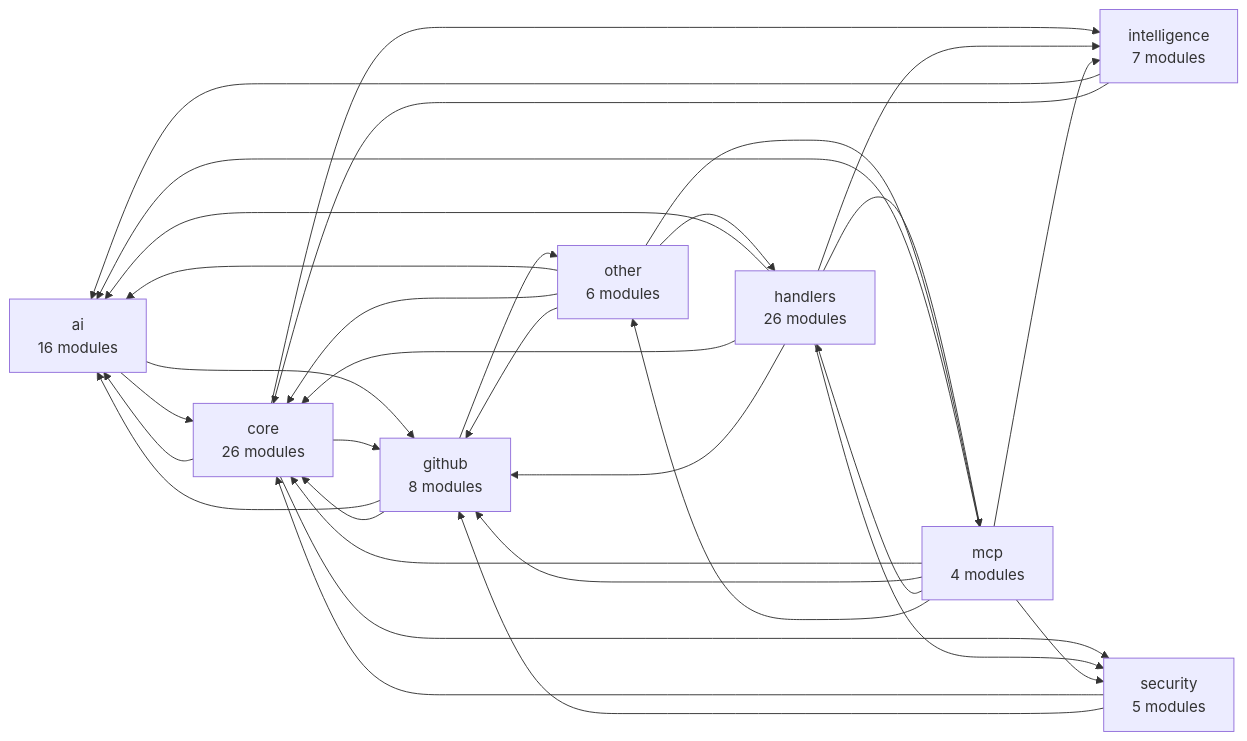
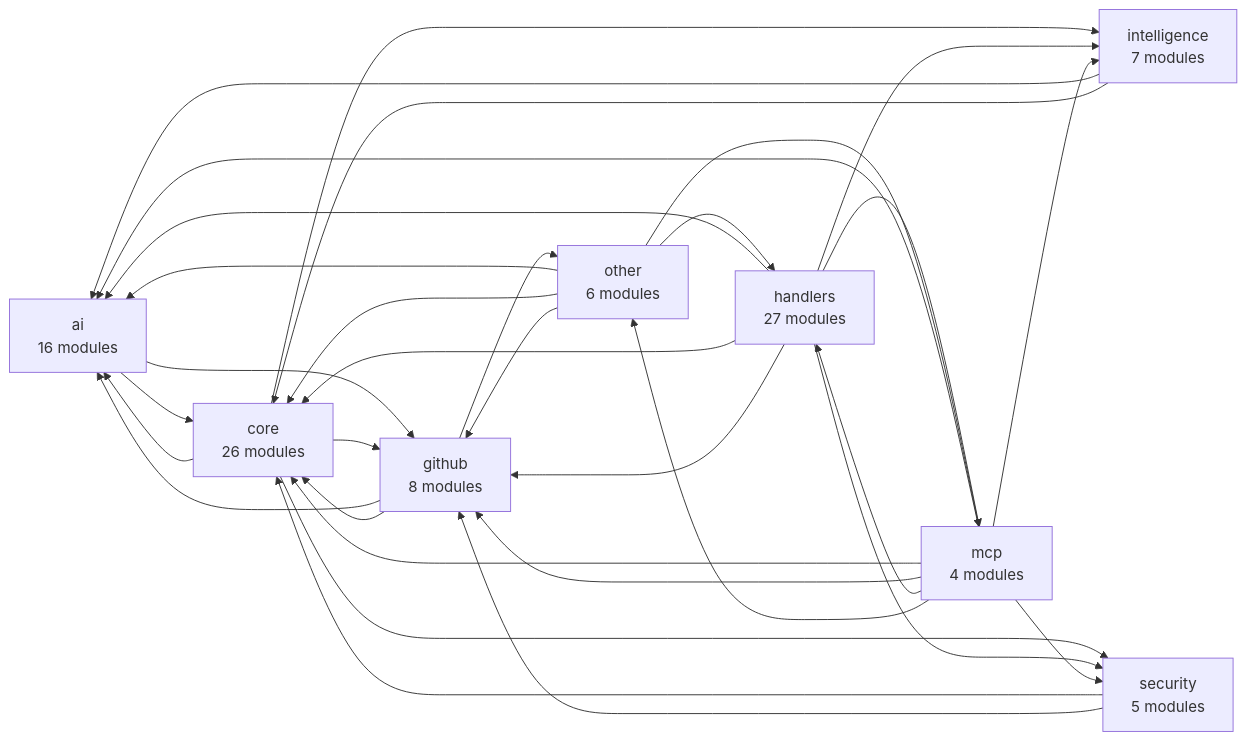
One commit to Shweta-Mishra-ai/github-autopilot changed the second of 2 diagrams in README.md. Above: the diagram before and after it, drawn with Mermaid. The commit also changed other lines of this file and 9 other files, not shown here.

````diff
--- a/README.md
+++ b/README.md
@@ -400,42 +400,42 @@
 ```mermaid
 graph LR
     ai["ai<br/>16 modules"]
     core["core<br/>26 modules"]
     github["github<br/>8 modules"]
-    handlers["handlers<br/>26 modules"]
+    handlers["handlers<br/>27 modules"]
     intelligence["intelligence<br/>7 modules"]
     mcp["mcp<br/>4 modules"]
     other["other<br/>6 modules"]
     security["security<br/>5 modules"]
     ai --> core
     ai --> github
     core --> ai
     core --> github
     core --> intelligence
     core --> security
     github --> ai
     github --> core
     github --> other
     handlers --> ai
     handlers --> core
     handlers --> github
     handlers --> intelligence
     handlers --> mcp
     handlers --> security
     intelligence --> ai
     intelligence --> core
     mcp --> ai
     mcp --> core
     mcp --> github
     mcp --> handlers
     mcp --> intelligence
     mcp --> other
     mcp --> security
     other --> ai
     other --> core
     other --> github
     other --> handlers
     other --> mcp
     security --> core
     security --> github
 ```
````
